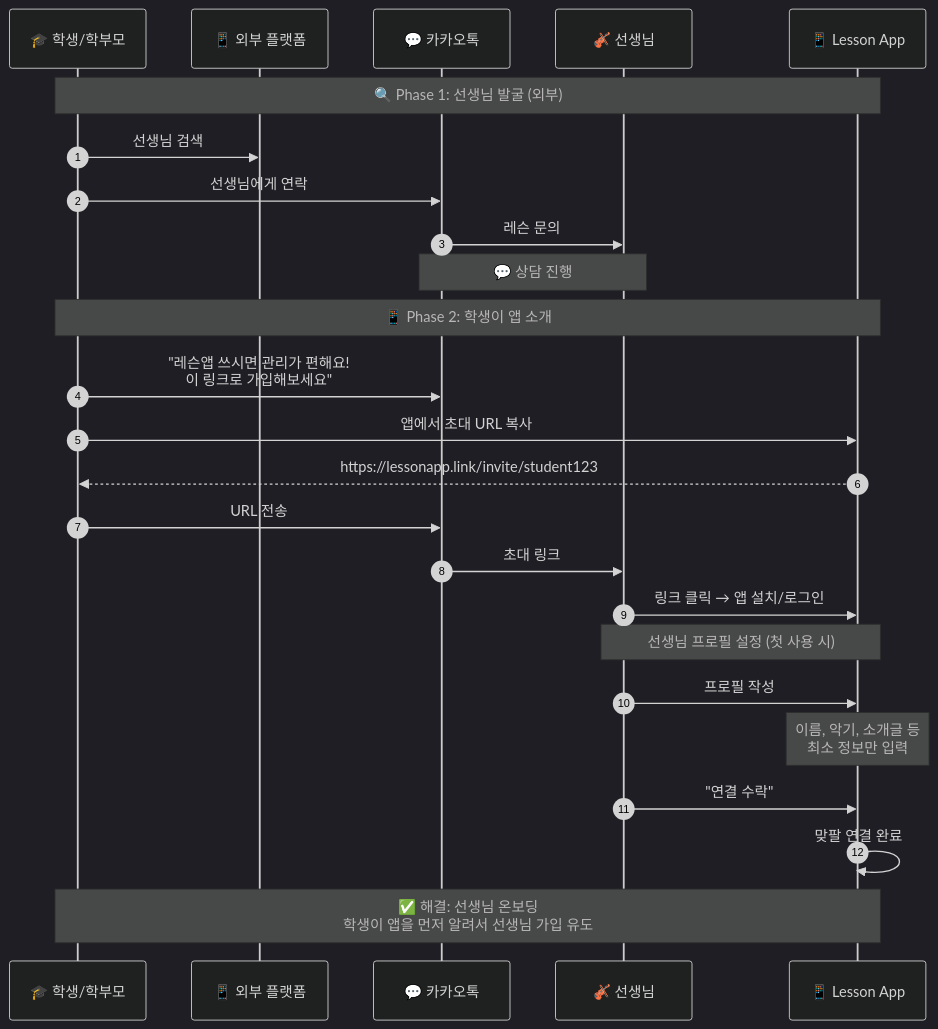
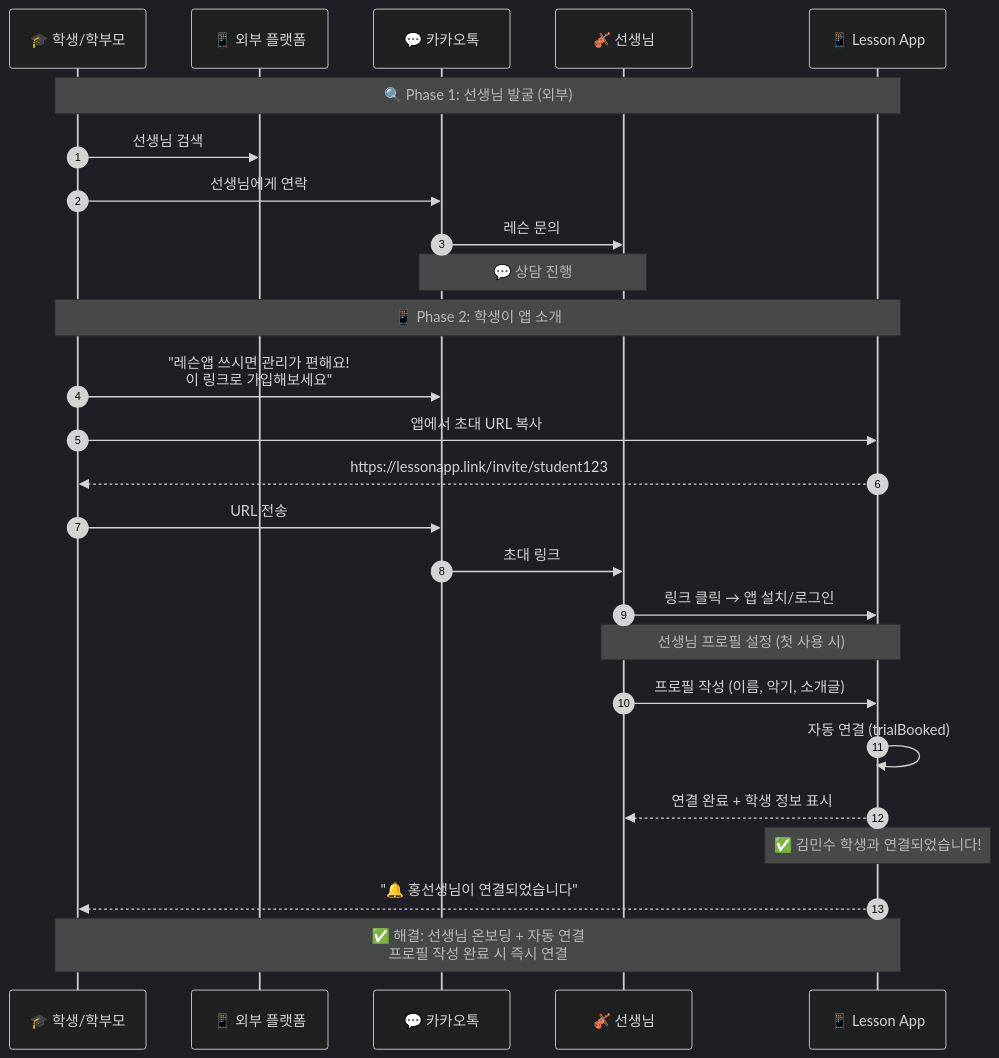
One commit to chulgil/lesson-app changed the second of 10 diagrams in docs/specs/lesson/flow_with_app.md. Above: the diagram before and after it, drawn with Mermaid (dark theme). The commit also changed other lines of this file and 15 other files, not shown here.

````diff
--- a/docs/specs/lesson/flow_with_app.md
+++ b/docs/specs/lesson/flow_with_app.md
@@ -133,38 +243,40 @@
 ```mermaid
 sequenceDiagram
     autonumber
     participant S as 🎓 학생/학부모
     participant P as 📱 외부 플랫폼
     participant K as 💬 카카오톡
     participant T as 🎻 선생님
     participant App as 📱 Lesson App
 
     Note over S,App: 🔍 Phase 1: 선생님 발굴 (외부)
 
     S->>P: 선생님 검색
     S->>K: 선생님에게 연락
     K->>T: 레슨 문의
 
     Note over K,T: 💬 상담 진행
 
     Note over S,App: 📱 Phase 2: 학생이 앱 소개
 
     S->>K: "레슨앱 쓰시면 관리가 편해요!<br/>이 링크로 가입해보세요"
     S->>App: 앱에서 초대 URL 복사
     App-->>S: https://lessonapp.link/invite/student123
     S->>K: URL 전송
     K->>T: 초대 링크
 
     T->>App: 링크 클릭 → 앱 설치/로그인
 
     Note over T,App: 선생님 프로필 설정 (첫 사용 시)
 
-    T->>App: 프로필 작성
-    Note over App: 이름, 악기, 소개글 등<br/>최소 정보만 입력
+    T->>App: 프로필 작성 (이름, 악기, 소개글)
 
-    T->>App: "연결 수락"
+    App->>App: 자동 연결 (trialBooked)
 
-    App->>App: 맞팔 연결 완료
+    App-->>T: 연결 완료 + 학생 정보 표시
+    Note over App: ✅ 김민수 학생과 연결되었습니다!
 
-    Note over S,App: ✅ 해결: 선생님 온보딩<br/>학생이 앱을 먼저 알려서 선생님 가입 유도
+    App-->>S: "🔔 홍선생님이 연결되었습니다"
+
+    Note over S,App: ✅ 해결: 선생님 온보딩 + 자동 연결<br/>프로필 작성 완료 시 즉시 연결
 ```
````
